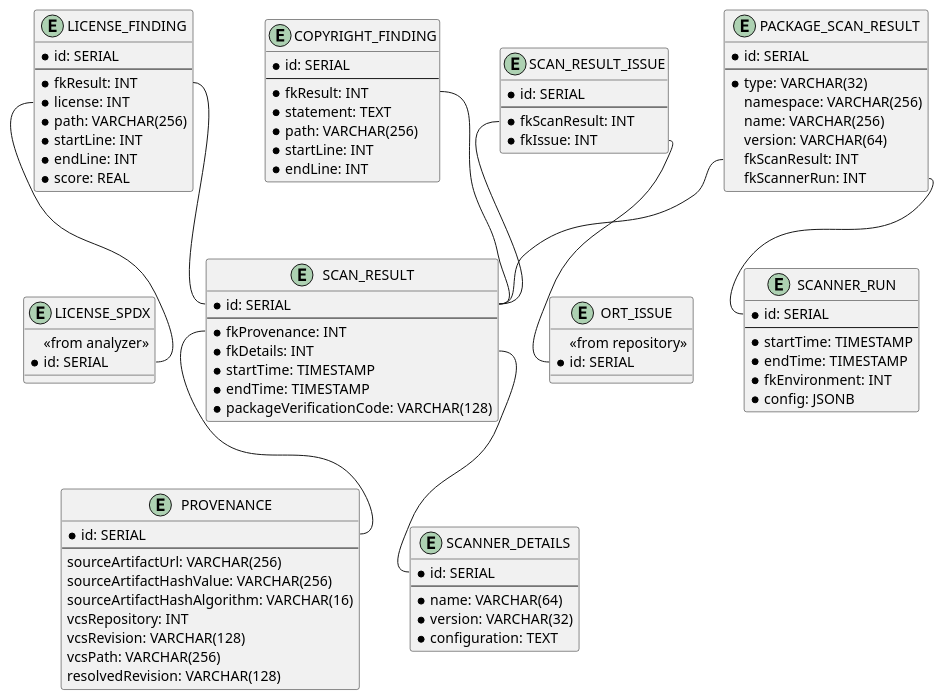
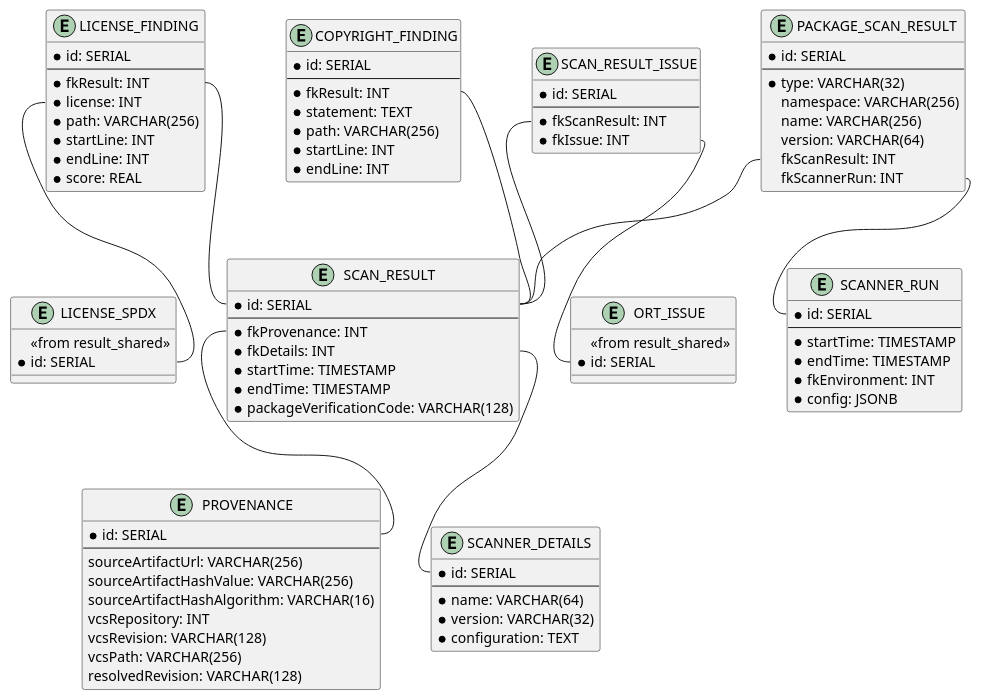
One commit to eclipse-apoapsis/ort-server changed the diagram in docs/db/db_scanner.puml. Above: the diagram before and after it, drawn with PlantUML. The commit also changed 2 other files, not shown here.

Commit message:
Docs: Rename db_repository to db_result_shared
The diagram contains all entities related to ORT results that are not
specific to one of the ORT modules. Therefore, the new name fits
better.

Also moved more entities to this diagram that are referenced from
other diagrams.

```diff
--- a/docs/db/db_scanner.puml
+++ b/docs/db/db_scanner.puml
@@ -1,103 +1,103 @@
 @startuml
 entity LICENSE_SPDX {
-<<from analyzer>>
+<<from result_shared>>
 * id: SERIAL
 }
 
 entity ORT_ISSUE {
-<<from repository>>
+<<from result_shared>>
 * id: SERIAL
 }
 
 entity SCANNER_DETAILS {
 * id: SERIAL
 --
 * name: VARCHAR(64)
 * version: VARCHAR(32)
 * configuration: TEXT
 }
 
 entity PROVENANCE {
 * id: SERIAL
 --
 sourceArtifactUrl: VARCHAR(256)
 sourceArtifactHashValue: VARCHAR(256)
 sourceArtifactHashAlgorithm: VARCHAR(16)
 vcsRepository: INT
 vcsRevision: VARCHAR(128)
 vcsPath: VARCHAR(256)
 resolvedRevision: VARCHAR(128)
 }
 
 entity LICENSE_FINDING {
 * id: SERIAL
 --
 * fkResult: INT
 * license: INT
 * path: VARCHAR(256)
 * startLine: INT
 * endLine: INT
 * score: REAL
 }
 
 entity COPYRIGHT_FINDING {
 * id: SERIAL
 --
 * fkResult: INT
 * statement: TEXT
 * path: VARCHAR(256)
 * startLine: INT
 * endLine: INT
 }
 
 entity SCAN_RESULT_ISSUE {
 * id: SERIAL
 --
 * fkScanResult: INT
 * fkIssue: INT
 }
 
 entity PACKAGE_SCAN_RESULT {
 * id: SERIAL
 --
 * type: VARCHAR(32)
 namespace: VARCHAR(256)
 name: VARCHAR(256)
 version: VARCHAR(64)
 fkScanResult: INT
 fkScannerRun: INT
 }
 
 entity SCAN_RESULT {
 * id: SERIAL
 --
 * fkProvenance: INT
 * fkDetails: INT
 * startTime: TIMESTAMP
 * endTime: TIMESTAMP
 * packageVerificationCode: VARCHAR(128)
 }
 
 entity SCANNER_RUN {
 * id: SERIAL
 --
 * startTime: TIMESTAMP
 * endTime: TIMESTAMP
 * fkEnvironment: INT
 * config: JSONB
 }
 
 LICENSE_FINDING::license -- LICENSE_SPDX::id
 LICENSE_FINDING::fkResult -- SCAN_RESULT::id
 
 COPYRIGHT_FINDING::fkResult -- SCAN_RESULT::id
 
 SCAN_RESULT_ISSUE::fkScanResult -- SCAN_RESULT::id
 SCAN_RESULT_ISSUE::fkIssue -- ORT_ISSUE::id
 
 PACKAGE_SCAN_RESULT::fkScanResult -- SCAN_RESULT::id
 PACKAGE_SCAN_RESULT::fkScannerRun -- SCANNER_RUN::id
 
 SCAN_RESULT::fkProvenance -- PROVENANCE::id
 SCAN_RESULT::fkDetails -- SCANNER_DETAILS::id
 @enduml
```
